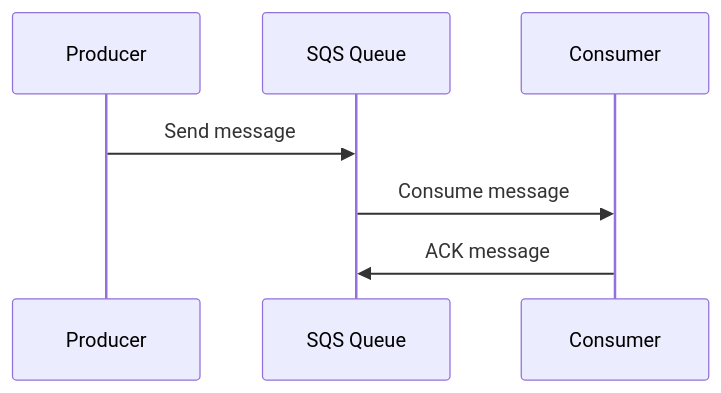
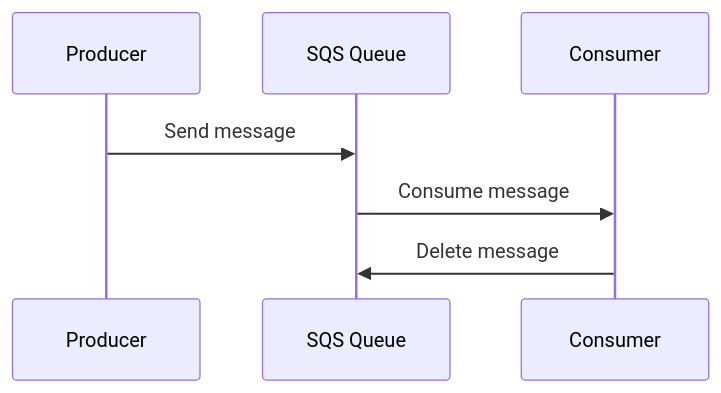
One commit to jaypeeig/demo-sqs changed the diagram in README.md. Above: the diagram before and after it, drawn with Mermaid.

````diff
--- a/README.md
+++ b/README.md
@@ -4,10 +4,10 @@
 ```mermaid
 sequenceDiagram
   participant Producer
   participant SQS Queue
   participant Consumer
 
   Producer ->> SQS Queue: Send message
   SQS Queue ->> Consumer: Consume message
-  Consumer ->> SQS Queue: ACK message
+  Consumer ->> SQS Queue: Delete message
 ```
````
